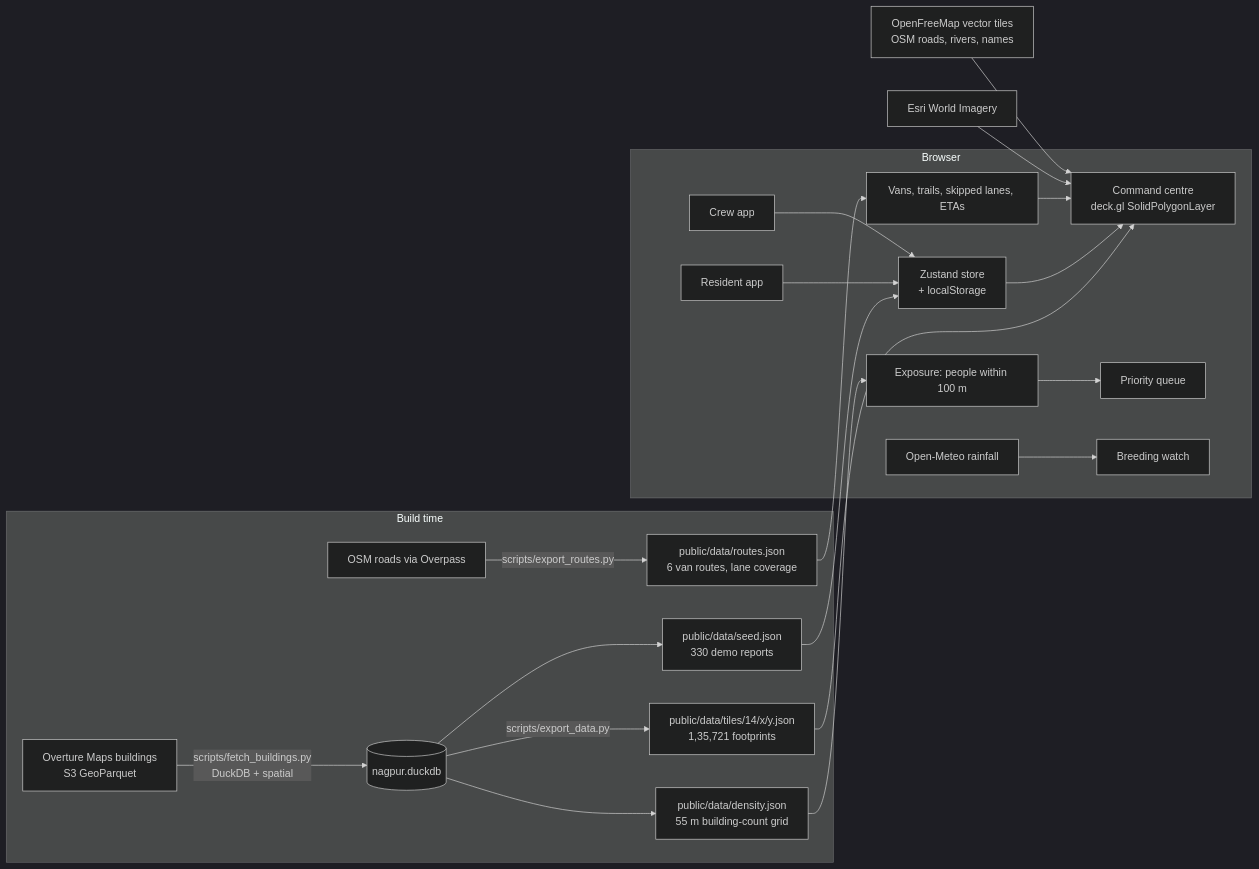
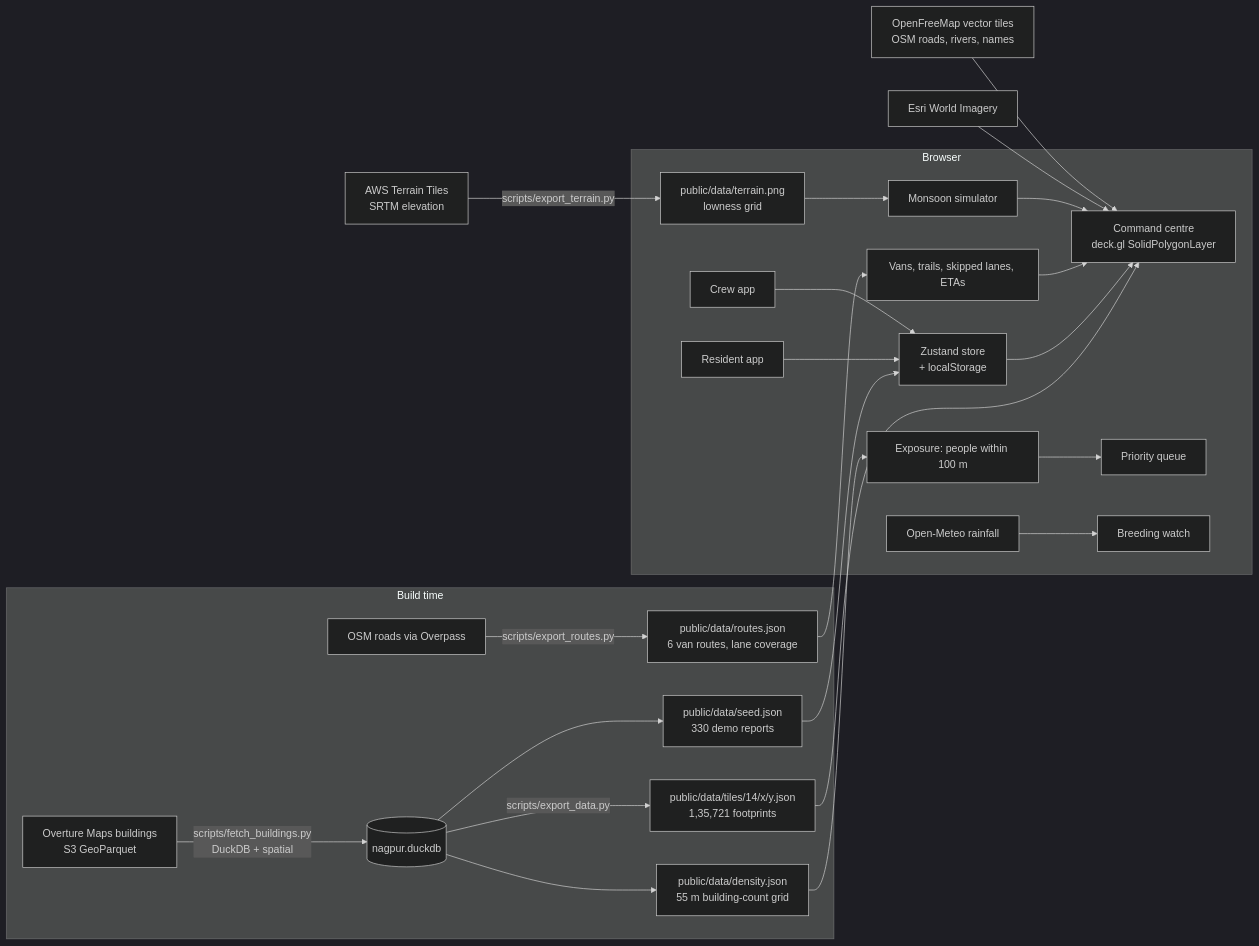
The diagram in README.md (vizsh/SwachhGrid), drawn with Mermaid (dark theme) before and after one commit. The commit also changed other lines of this file and 17 other files, not shown here.

First line of the commit message:
Add monsoon simulator, sun and night, then-and-now split, and a guided tour

````diff
--- a/README.md
+++ b/README.md
@@ -91,24 +106,27 @@
 ```mermaid
 flowchart LR
   subgraph Build time
     OV[Overture Maps buildings<br/>S3 GeoParquet] -->|scripts/fetch_buildings.py<br/>DuckDB + spatial| DB[(nagpur.duckdb)]
     DB -->|scripts/export_data.py| T[public/data/tiles/14/x/y.json<br/>1,35,721 footprints]
     OSM[OSM roads via Overpass] -->|scripts/export_routes.py| RT[public/data/routes.json<br/>6 van routes, lane coverage]
     DB --> D[public/data/density.json<br/>55 m building-count grid]
     DB --> S[public/data/seed.json<br/>330 demo reports]
   end
   subgraph Browser
     T --> CC[Command centre<br/>deck.gl SolidPolygonLayer]
     D --> EX[Exposure: people within 100 m]
     S --> ST[Zustand store<br/>+ localStorage]
     R[Resident app] --> ST
     W[Crew app] --> ST
     ST --> CC
     EX --> Q[Priority queue]
     OM[Open-Meteo rainfall] --> BW[Breeding watch]
     RT --> V[Vans, trails, skipped lanes, ETAs]
     V --> CC
+    TR[public/data/terrain.png<br/>lowness grid] --> FL[Monsoon simulator]
+    FL --> CC
   end
+  AWS[AWS Terrain Tiles<br/>SRTM elevation] -->|scripts/export_terrain.py| TR
   ESRI[Esri World Imagery] --> CC
   OFM[OpenFreeMap vector tiles<br/>OSM roads, rivers, names] --> CC
 ```
````
